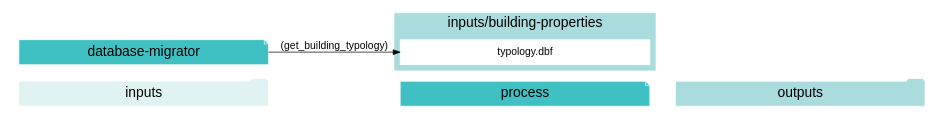
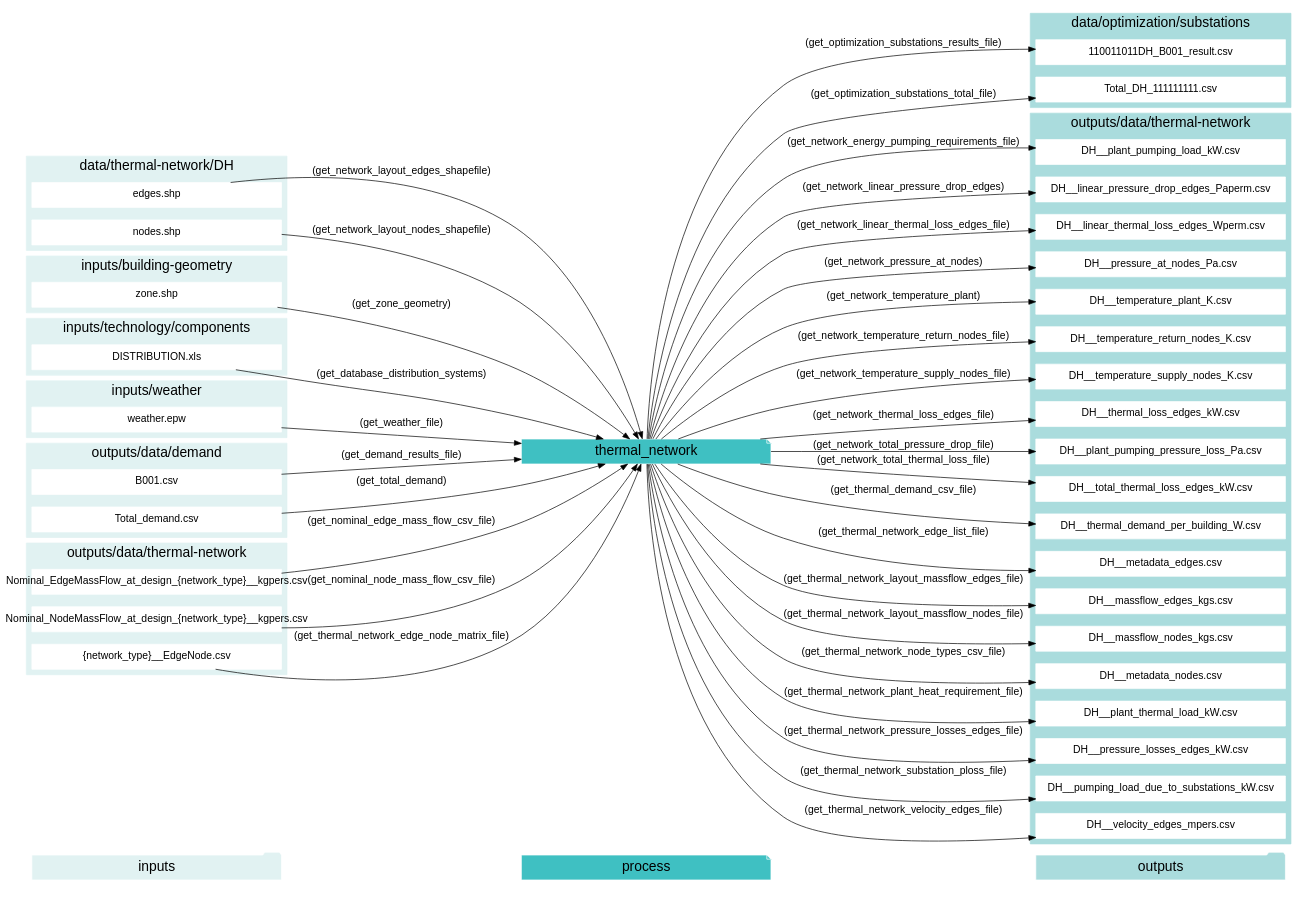
Diagram 12 of 22 in docs/script-data-flow.rst (architecture-building-systems/CityEnergyAnalyst), drawn with Graphviz before and after one commit. The commit also changed other lines of this file and 27 other files, not shown here.

Commit message:
graphviz script overviews now work

```diff
--- a/docs/script-data-flow.rst
+++ b/docs/script-data-flow.rst
@@ -707,28 +707,137 @@
 .. graphviz::
 
-    digraph database_migrator {
+    digraph thermal_network {
     rankdir="LR";
     graph [overlap=false, fontname=arial];
     node [shape=box, style=filled, color=white, fontsize=15, fontname=arial, fixedsize=true, width=5];
     edge [fontname=arial, fontsize = 15]
     newrank=true
     subgraph cluster_legend {
-    fontsize=25
-    style=invis
-    "process"[style=filled, fillcolor="#3FC0C2", shape=note, fontsize=20, fontname="arial"]
-    "inputs" [style=filled, shape=folder, color=white, fillcolor="#E1F2F2", fontsize=20]
-    "outputs"[style=filled, shape=folder, color=white, fillcolor="#aadcdd", fontsize=20]
-    "inputs"->"process"[style=invis]
-    "process"->"outputs"[style=invis]
+        fontsize=25
+        style=invis
+        "process"[style=filled, fillcolor="#3FC0C2", shape=note, fontsize=20, fontname="arial"]
+        "inputs" [style=filled, shape=folder, color=white, fillcolor="#E1F2F2", fontsize=20]
+        "outputs"[style=filled, shape=folder, color=white, fillcolor="#aadcdd", fontsize=20]
+        "inputs"->"process"[style=invis]
+        "process"->"outputs"[style=invis]
     }
-    "database-migrator"[style=filled, color=white, fillcolor="#3FC0C2", shape=note, fontsize=20, fontname=arial];
+    "thermal_network"[style=filled, color=white, fillcolor="#3FC0C2", shape=note, fontsize=20, fontname=arial];
     subgraph cluster_0_out {
         style = filled;
         color = "#aadcdd";
         fontsize = 20;
         rank=same;
-        label="inputs/building-properties";
-        "typology.dbf"
+        label="data/optimization/substations";
+        get_optimization_substations_results_file[label="110011011DH_B001_result.csv"];
+        get_optimization_substations_total_file[label="Total_DH_111111111.csv"];
     }
-    "database-migrator" -> "typology.dbf"[label="(get_building_typology)"]
+    subgraph cluster_1_in {
+        style = filled;
+        color = "#E1F2F2";
+        fontsize = 20;
+        rank=same;
+        label="data/thermal-network/DH";
+        get_network_layout_edges_shapefile[label="edges.shp"];
+        get_network_layout_nodes_shapefile[label="nodes.shp"];
     }
+    subgraph cluster_2_in {
+        style = filled;
+        color = "#E1F2F2";
+        fontsize = 20;
+        rank=same;
+        label="inputs/building-geometry";
+        get_zone_geometry[label="zone.shp"];
+    }
+    subgraph cluster_3_in {
+        style = filled;
+        color = "#E1F2F2";
+        fontsize = 20;
+        rank=same;
+        label="inputs/technology/components";
+        get_database_distribution_systems[label="DISTRIBUTION.xls"];
+    }
+    subgraph cluster_4_in {
+        style = filled;
+        color = "#E1F2F2";
+        fontsize = 20;
+        rank=same;
+        label="inputs/weather";
+        get_weather_file[label="weather.epw"];
+    }
+    subgraph cluster_5_in {
+        style = filled;
+        color = "#E1F2F2";
+        fontsize = 20;
+        rank=same;
+        label="outputs/data/demand";
+        get_demand_results_file[label="B001.csv"];
+        get_total_demand[label="Total_demand.csv"];
+    }
+    subgraph cluster_6_in {
+        style = filled;
+        color = "#E1F2F2";
+        fontsize = 20;
+        rank=same;
+        label="outputs/data/thermal-network";
+        get_nominal_edge_mass_flow_csv_file[label="Nominal_EdgeMassFlow_at_design_{network_type}__kgpers.csv"];
+        get_nominal_node_mass_flow_csv_file[label="Nominal_NodeMassFlow_at_design_{network_type}__kgpers.csv"];
+        get_thermal_network_edge_node_matrix_file[label="{network_type}__EdgeNode.csv"];
+    }
+    subgraph cluster_6_out {
+        style = filled;
+        color = "#aadcdd";
+        fontsize = 20;
+        rank=same;
+        label="outputs/data/thermal-network";
+        get_network_energy_pumping_requirements_file[label="DH__plant_pumping_load_kW.csv"];
+        get_network_linear_pressure_drop_edges[label="DH__linear_pressure_drop_edges_Paperm.csv"];
+        get_network_linear_thermal_loss_edges_file[label="DH__linear_thermal_loss_edges_Wperm.csv"];
+        get_network_pressure_at_nodes[label="DH__pressure_at_nodes_Pa.csv"];
+        get_network_temperature_plant[label="DH__temperature_plant_K.csv"];
+        get_network_temperature_return_nodes_file[label="DH__temperature_return_nodes_K.csv"];
+        get_network_temperature_supply_nodes_file[label="DH__temperature_supply_nodes_K.csv"];
+        get_network_thermal_loss_edges_file[label="DH__thermal_loss_edges_kW.csv"];
+        get_network_total_pressure_drop_file[label="DH__plant_pumping_pressure_loss_Pa.csv"];
+        get_network_total_thermal_loss_file[label="DH__total_thermal_loss_edges_kW.csv"];
+        get_thermal_demand_csv_file[label="DH__thermal_demand_per_building_W.csv"];
+        get_thermal_network_edge_list_file[label="DH__metadata_edges.csv"];
+        get_thermal_network_layout_massflow_edges_file[label="DH__massflow_edges_kgs.csv"];
+        get_thermal_network_layout_massflow_nodes_file[label="DH__massflow_nodes_kgs.csv"];
+        get_thermal_network_node_types_csv_file[label="DH__metadata_nodes.csv"];
+        get_thermal_network_plant_heat_requirement_file[label="DH__plant_thermal_load_kW.csv"];
+        get_thermal_network_pressure_losses_edges_file[label="DH__pressure_losses_edges_kW.csv"];
+        get_thermal_network_substation_ploss_file[label="DH__pumping_load_due_to_substations_kW.csv"];
+        get_thermal_network_velocity_edges_file[label="DH__velocity_edges_mpers.csv"];
+    }
+    get_database_distribution_systems -> "thermal_network"[label="(get_database_distribution_systems)"];
+    get_demand_results_file -> "thermal_network"[label="(get_demand_results_file)"];
+    get_network_layout_edges_shapefile -> "thermal_network"[label="(get_network_layout_edges_shapefile)"];
+    get_network_layout_nodes_shapefile -> "thermal_network"[label="(get_network_layout_nodes_shapefile)"];
+    get_nominal_edge_mass_flow_csv_file -> "thermal_network"[label="(get_nominal_edge_mass_flow_csv_file)"];
+    get_nominal_node_mass_flow_csv_file -> "thermal_network"[label="(get_nominal_node_mass_flow_csv_file)"];
+    get_thermal_network_edge_node_matrix_file -> "thermal_network"[label="(get_thermal_network_edge_node_matrix_file)"];
+    get_total_demand -> "thermal_network"[label="(get_total_demand)"];
+    get_weather_file -> "thermal_network"[label="(get_weather_file)"];
+    get_zone_geometry -> "thermal_network"[label="(get_zone_geometry)"];
+    "thermal_network" -> get_network_energy_pumping_requirements_file[label="(get_network_energy_pumping_requirements_file)"];
+    "thermal_network" -> get_network_linear_pressure_drop_edges[label="(get_network_linear_pressure_drop_edges)"];
+    "thermal_network" -> get_network_linear_thermal_loss_edges_file[label="(get_network_linear_thermal_loss_edges_file)"];
+    "thermal_network" -> get_network_pressure_at_nodes[label="(get_network_pressure_at_nodes)"];
+    "thermal_network" -> get_network_temperature_plant[label="(get_network_temperature_plant)"];
+    "thermal_network" -> get_network_temperature_return_nodes_file[label="(get_network_temperature_return_nodes_file)"];
+    "thermal_network" -> get_network_temperature_supply_nodes_file[label="(get_network_temperature_supply_nodes_file)"];
+    "thermal_network" -> get_network_thermal_loss_edges_file[label="(get_network_thermal_loss_edges_file)"];
+    "thermal_network" -> get_network_total_pressure_drop_file[label="(get_network_total_pressure_drop_file)"];
+    "thermal_network" -> get_network_total_thermal_loss_file[label="(get_network_total_thermal_loss_file)"];
+    "thermal_network" -> get_optimization_substations_results_file[label="(get_optimization_substations_results_file)"];
+    "thermal_network" -> get_optimization_substations_total_file[label="(get_optimization_substations_total_file)"];
+    "thermal_network" -> get_thermal_demand_csv_file[label="(get_thermal_demand_csv_file)"];
+    "thermal_network" -> get_thermal_network_edge_list_file[label="(get_thermal_network_edge_list_file)"];
+    "thermal_network" -> get_thermal_network_layout_massflow_edges_file[label="(get_thermal_network_layout_massflow_edges_file)"];
+    "thermal_network" -> get_thermal_network_layout_massflow_nodes_file[label="(get_thermal_network_layout_massflow_nodes_file)"];
+    "thermal_network" -> get_thermal_network_node_types_csv_file[label="(get_thermal_network_node_types_csv_file)"];
+    "thermal_network" -> get_thermal_network_plant_heat_requirement_file[label="(get_thermal_network_plant_heat_requirement_file)"];
+    "thermal_network" -> get_thermal_network_pressure_losses_edges_file[label="(get_thermal_network_pressure_losses_edges_file)"];
+    "thermal_network" -> get_thermal_network_substation_ploss_file[label="(get_thermal_network_substation_ploss_file)"];
+    "thermal_network" -> get_thermal_network_velocity_edges_file[label="(get_thermal_network_velocity_edges_file)"];
+    }
```
